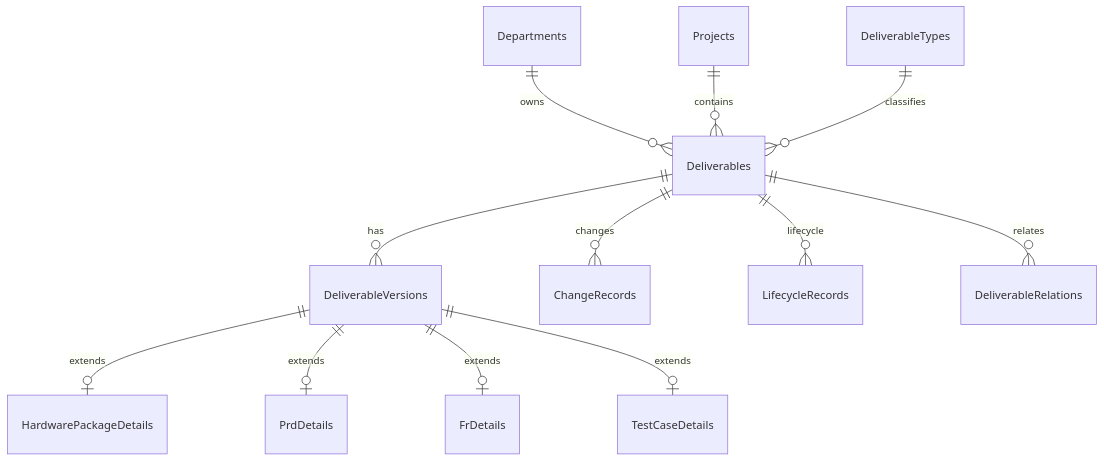
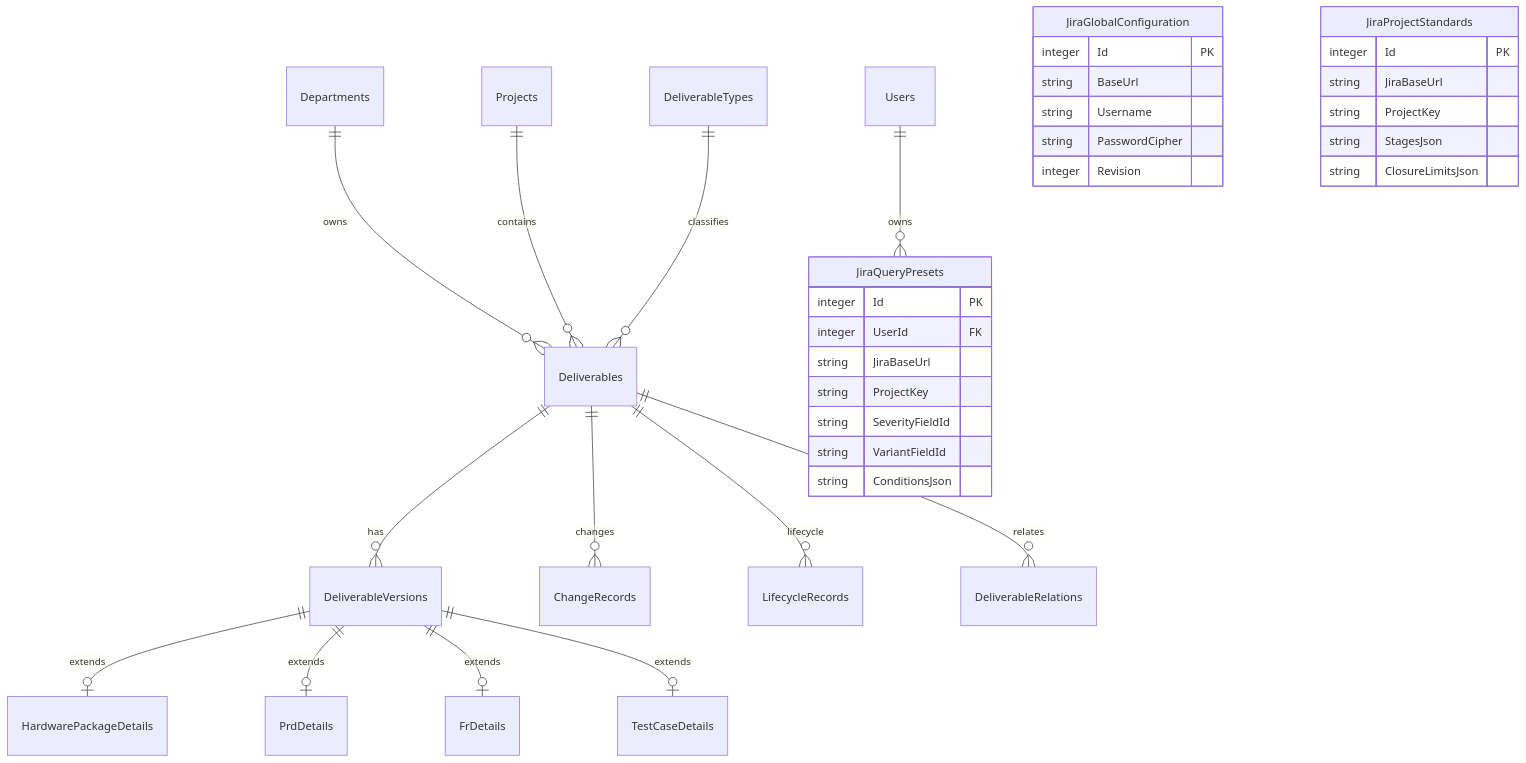
One commit to Nigori999/ad-deliverable-manager changed the diagram in docs/DATABASE_ER.md. Above: the diagram before and after it, drawn with Mermaid. The commit also changed 23 other files, not shown here.

````diff
--- a/docs/DATABASE_ER.md
+++ b/docs/DATABASE_ER.md
@@ -3,14 +3,38 @@
 ```mermaid
 erDiagram
   Departments ||--o{ Deliverables : owns
   Projects ||--o{ Deliverables : contains
   DeliverableTypes ||--o{ Deliverables : classifies
   Deliverables ||--o{ DeliverableVersions : has
   DeliverableVersions ||--o| HardwarePackageDetails : extends
   DeliverableVersions ||--o| PrdDetails : extends
   DeliverableVersions ||--o| FrDetails : extends
   DeliverableVersions ||--o| TestCaseDetails : extends
   Deliverables ||--o{ ChangeRecords : changes
   Deliverables ||--o{ LifecycleRecords : lifecycle
   Deliverables ||--o{ DeliverableRelations : relates
+  Users ||--o{ JiraQueryPresets : owns
+  JiraGlobalConfiguration {
+    integer Id PK
+    string BaseUrl
+    string Username
+    string PasswordCipher
+    integer Revision
+  }
+  JiraProjectStandards {
+    integer Id PK
+    string JiraBaseUrl
+    string ProjectKey
+    string StagesJson
+    string ClosureLimitsJson
+  }
+  JiraQueryPresets {
+    integer Id PK
+    integer UserId FK
+    string JiraBaseUrl
+    string ProjectKey
+    string SeverityFieldId
+    string VariantFieldId
+    string ConditionsJson
+  }
 ```
````
